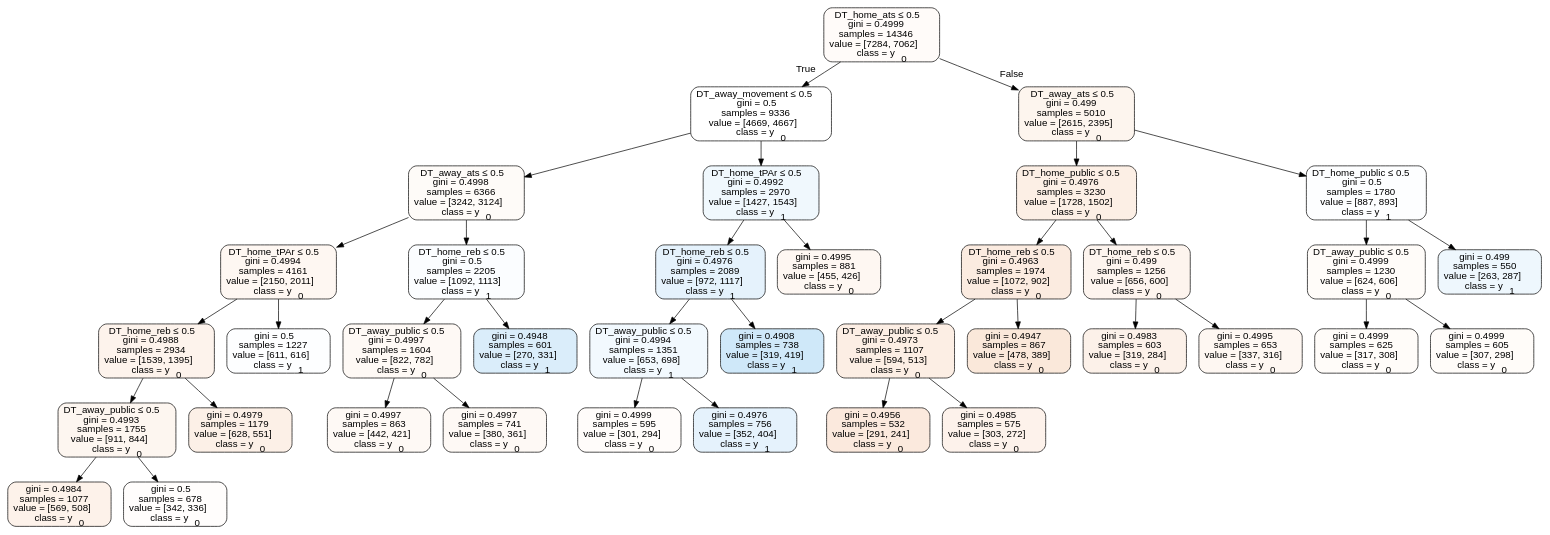
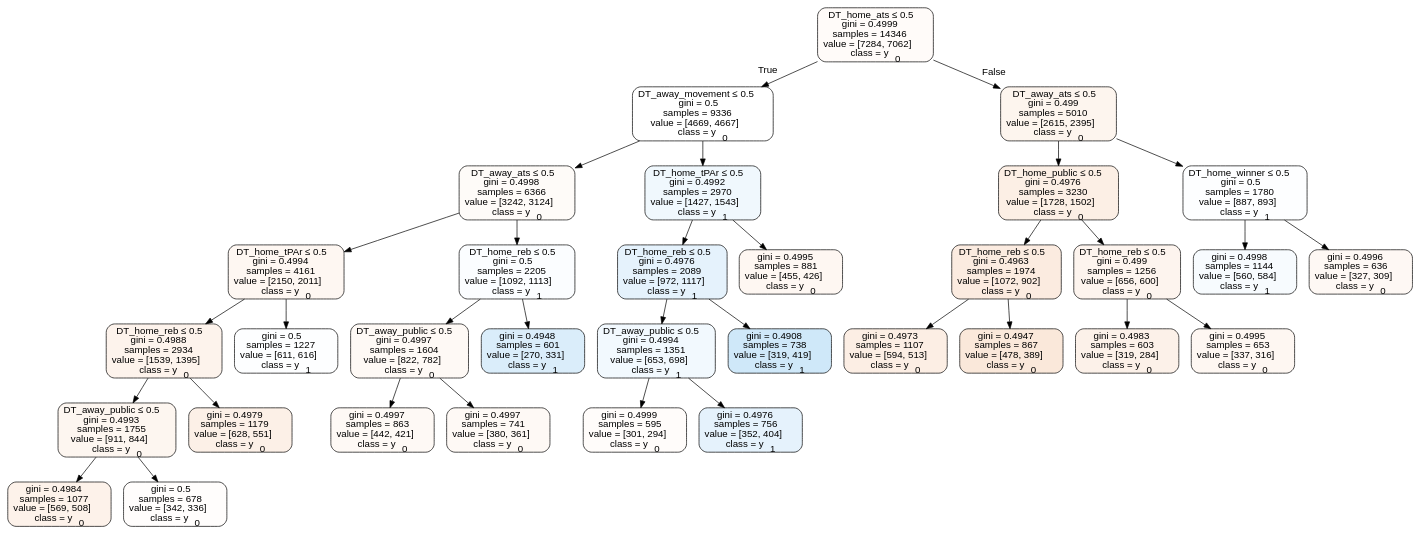
One commit to usbogie/ncaa-bets changed the diagram in tree_data/tree2017home.dot. Above: the diagram before and after it, drawn with Graphviz. The commit also changed 32 other files, not shown here.

```diff
--- a/tree_data/tree2017home.dot
+++ b/tree_data/tree2017home.dot
@@ -1,77 +1,69 @@
 digraph Tree {
 node [shape=box, style="filled, rounded", color="black", fontname=helvetica] ;
 edge [fontname=helvetica] ;
 0 [label=<DT_home_ats &le; 0.5<br/>gini = 0.4999<br/>samples = 14346<br/>value = [7284, 7062]<br/>class = y<SUB>0</SUB>>, fillcolor="#e5813908"] ;
 1 [label=<DT_away_movement &le; 0.5<br/>gini = 0.5<br/>samples = 9336<br/>value = [4669, 4667]<br/>class = y<SUB>0</SUB>>, fillcolor="#e5813900"] ;
 0 -> 1 [labeldistance=2.5, labelangle=45, headlabel="True"] ;
 2 [label=<DT_away_ats &le; 0.5<br/>gini = 0.4998<br/>samples = 6366<br/>value = [3242, 3124]<br/>class = y<SUB>0</SUB>>, fillcolor="#e5813909"] ;
 1 -> 2 ;
 3 [label=<DT_home_tPAr &le; 0.5<br/>gini = 0.4994<br/>samples = 4161<br/>value = [2150, 2011]<br/>class = y<SUB>0</SUB>>, fillcolor="#e5813910"] ;
 2 -> 3 ;
 4 [label=<DT_home_reb &le; 0.5<br/>gini = 0.4988<br/>samples = 2934<br/>value = [1539, 1395]<br/>class = y<SUB>0</SUB>>, fillcolor="#e5813918"] ;
 3 -> 4 ;
 5 [label=<DT_away_public &le; 0.5<br/>gini = 0.4993<br/>samples = 1755<br/>value = [911, 844]<br/>class = y<SUB>0</SUB>>, fillcolor="#e5813913"] ;
 4 -> 5 ;
 6 [label=<gini = 0.4984<br/>samples = 1077<br/>value = [569, 508]<br/>class = y<SUB>0</SUB>>, fillcolor="#e581391b"] ;
 5 -> 6 ;
 7 [label=<gini = 0.5<br/>samples = 678<br/>value = [342, 336]<br/>class = y<SUB>0</SUB>>, fillcolor="#e5813904"] ;
 5 -> 7 ;
 8 [label=<gini = 0.4979<br/>samples = 1179<br/>value = [628, 551]<br/>class = y<SUB>0</SUB>>, fillcolor="#e581391f"] ;
 4 -> 8 ;
 9 [label=<gini = 0.5<br/>samples = 1227<br/>value = [611, 616]<br/>class = y<SUB>1</SUB>>, fillcolor="#399de502"] ;
 3 -> 9 ;
 10 [label=<DT_home_reb &le; 0.5<br/>gini = 0.5<br/>samples = 2205<br/>value = [1092, 1113]<br/>class = y<SUB>1</SUB>>, fillcolor="#399de505"] ;
 2 -> 10 ;
 11 [label=<DT_away_public &le; 0.5<br/>gini = 0.4997<br/>samples = 1604<br/>value = [822, 782]<br/>class = y<SUB>0</SUB>>, fillcolor="#e581390c"] ;
 10 -> 11 ;
 12 [label=<gini = 0.4997<br/>samples = 863<br/>value = [442, 421]<br/>class = y<SUB>0</SUB>>, fillcolor="#e581390c"] ;
 11 -> 12 ;
 13 [label=<gini = 0.4997<br/>samples = 741<br/>value = [380, 361]<br/>class = y<SUB>0</SUB>>, fillcolor="#e581390d"] ;
 11 -> 13 ;
 14 [label=<gini = 0.4948<br/>samples = 601<br/>value = [270, 331]<br/>class = y<SUB>1</SUB>>, fillcolor="#399de52f"] ;
 10 -> 14 ;
 15 [label=<DT_home_tPAr &le; 0.5<br/>gini = 0.4992<br/>samples = 2970<br/>value = [1427, 1543]<br/>class = y<SUB>1</SUB>>, fillcolor="#399de513"] ;
 1 -> 15 ;
 16 [label=<DT_home_reb &le; 0.5<br/>gini = 0.4976<br/>samples = 2089<br/>value = [972, 1117]<br/>class = y<SUB>1</SUB>>, fillcolor="#399de521"] ;
 15 -> 16 ;
 17 [label=<DT_away_public &le; 0.5<br/>gini = 0.4994<br/>samples = 1351<br/>value = [653, 698]<br/>class = y<SUB>1</SUB>>, fillcolor="#399de510"] ;
 16 -> 17 ;
 18 [label=<gini = 0.4999<br/>samples = 595<br/>value = [301, 294]<br/>class = y<SUB>0</SUB>>, fillcolor="#e5813906"] ;
 17 -> 18 ;
 19 [label=<gini = 0.4976<br/>samples = 756<br/>value = [352, 404]<br/>class = y<SUB>1</SUB>>, fillcolor="#399de521"] ;
 17 -> 19 ;
 20 [label=<gini = 0.4908<br/>samples = 738<br/>value = [319, 419]<br/>class = y<SUB>1</SUB>>, fillcolor="#399de53d"] ;
 16 -> 20 ;
 21 [label=<gini = 0.4995<br/>samples = 881<br/>value = [455, 426]<br/>class = y<SUB>0</SUB>>, fillcolor="#e5813910"] ;
 15 -> 21 ;
 22 [label=<DT_away_ats &le; 0.5<br/>gini = 0.499<br/>samples = 5010<br/>value = [2615, 2395]<br/>class = y<SUB>0</SUB>>, fillcolor="#e5813915"] ;
 0 -> 22 [labeldistance=2.5, labelangle=-45, headlabel="False"] ;
 23 [label=<DT_home_public &le; 0.5<br/>gini = 0.4976<br/>samples = 3230<br/>value = [1728, 1502]<br/>class = y<SUB>0</SUB>>, fillcolor="#e5813921"] ;
 22 -> 23 ;
 24 [label=<DT_home_reb &le; 0.5<br/>gini = 0.4963<br/>samples = 1974<br/>value = [1072, 902]<br/>class = y<SUB>0</SUB>>, fillcolor="#e5813928"] ;
 23 -> 24 ;
-25 [label=<DT_away_public &le; 0.5<br/>gini = 0.4973<br/>samples = 1107<br/>value = [594, 513]<br/>class = y<SUB>0</SUB>>, fillcolor="#e5813923"] ;
+25 [label=<gini = 0.4973<br/>samples = 1107<br/>value = [594, 513]<br/>class = y<SUB>0</SUB>>, fillcolor="#e5813923"] ;
 24 -> 25 ;
-26 [label=<gini = 0.4956<br/>samples = 532<br/>value = [291, 241]<br/>class = y<SUB>0</SUB>>, fillcolor="#e581392c"] ;
-25 -> 26 ;
-27 [label=<gini = 0.4985<br/>samples = 575<br/>value = [303, 272]<br/>class = y<SUB>0</SUB>>, fillcolor="#e581391a"] ;
-25 -> 27 ;
-28 [label=<gini = 0.4947<br/>samples = 867<br/>value = [478, 389]<br/>class = y<SUB>0</SUB>>, fillcolor="#e581392f"] ;
-24 -> 28 ;
-29 [label=<DT_home_reb &le; 0.5<br/>gini = 0.499<br/>samples = 1256<br/>value = [656, 600]<br/>class = y<SUB>0</SUB>>, fillcolor="#e5813916"] ;
-23 -> 29 ;
-30 [label=<gini = 0.4983<br/>samples = 603<br/>value = [319, 284]<br/>class = y<SUB>0</SUB>>, fillcolor="#e581391c"] ;
-29 -> 30 ;
-31 [label=<gini = 0.4995<br/>samples = 653<br/>value = [337, 316]<br/>class = y<SUB>0</SUB>>, fillcolor="#e5813910"] ;
-29 -> 31 ;
-32 [label=<DT_home_public &le; 0.5<br/>gini = 0.5<br/>samples = 1780<br/>value = [887, 893]<br/>class = y<SUB>1</SUB>>, fillcolor="#399de502"] ;
-22 -> 32 ;
-33 [label=<DT_away_public &le; 0.5<br/>gini = 0.4999<br/>samples = 1230<br/>value = [624, 606]<br/>class = y<SUB>0</SUB>>, fillcolor="#e5813907"] ;
-32 -> 33 ;
-34 [label=<gini = 0.4999<br/>samples = 625<br/>value = [317, 308]<br/>class = y<SUB>0</SUB>>, fillcolor="#e5813907"] ;
-33 -> 34 ;
-35 [label=<gini = 0.4999<br/>samples = 605<br/>value = [307, 298]<br/>class = y<SUB>0</SUB>>, fillcolor="#e5813907"] ;
-33 -> 35 ;
-36 [label=<gini = 0.499<br/>samples = 550<br/>value = [263, 287]<br/>class = y<SUB>1</SUB>>, fillcolor="#399de515"] ;
-32 -> 36 ;
+26 [label=<gini = 0.4947<br/>samples = 867<br/>value = [478, 389]<br/>class = y<SUB>0</SUB>>, fillcolor="#e581392f"] ;
+24 -> 26 ;
+27 [label=<DT_home_reb &le; 0.5<br/>gini = 0.499<br/>samples = 1256<br/>value = [656, 600]<br/>class = y<SUB>0</SUB>>, fillcolor="#e5813916"] ;
+23 -> 27 ;
+28 [label=<gini = 0.4983<br/>samples = 603<br/>value = [319, 284]<br/>class = y<SUB>0</SUB>>, fillcolor="#e581391c"] ;
+27 -> 28 ;
+29 [label=<gini = 0.4995<br/>samples = 653<br/>value = [337, 316]<br/>class = y<SUB>0</SUB>>, fillcolor="#e5813910"] ;
+27 -> 29 ;
+30 [label=<DT_home_winner &le; 0.5<br/>gini = 0.5<br/>samples = 1780<br/>value = [887, 893]<br/>class = y<SUB>1</SUB>>, fillcolor="#399de502"] ;
+22 -> 30 ;
+31 [label=<gini = 0.4998<br/>samples = 1144<br/>value = [560, 584]<br/>class = y<SUB>1</SUB>>, fillcolor="#399de50a"] ;
+30 -> 31 ;
+32 [label=<gini = 0.4996<br/>samples = 636<br/>value = [327, 309]<br/>class = y<SUB>0</SUB>>, fillcolor="#e581390e"] ;
+30 -> 32 ;
 }
```
